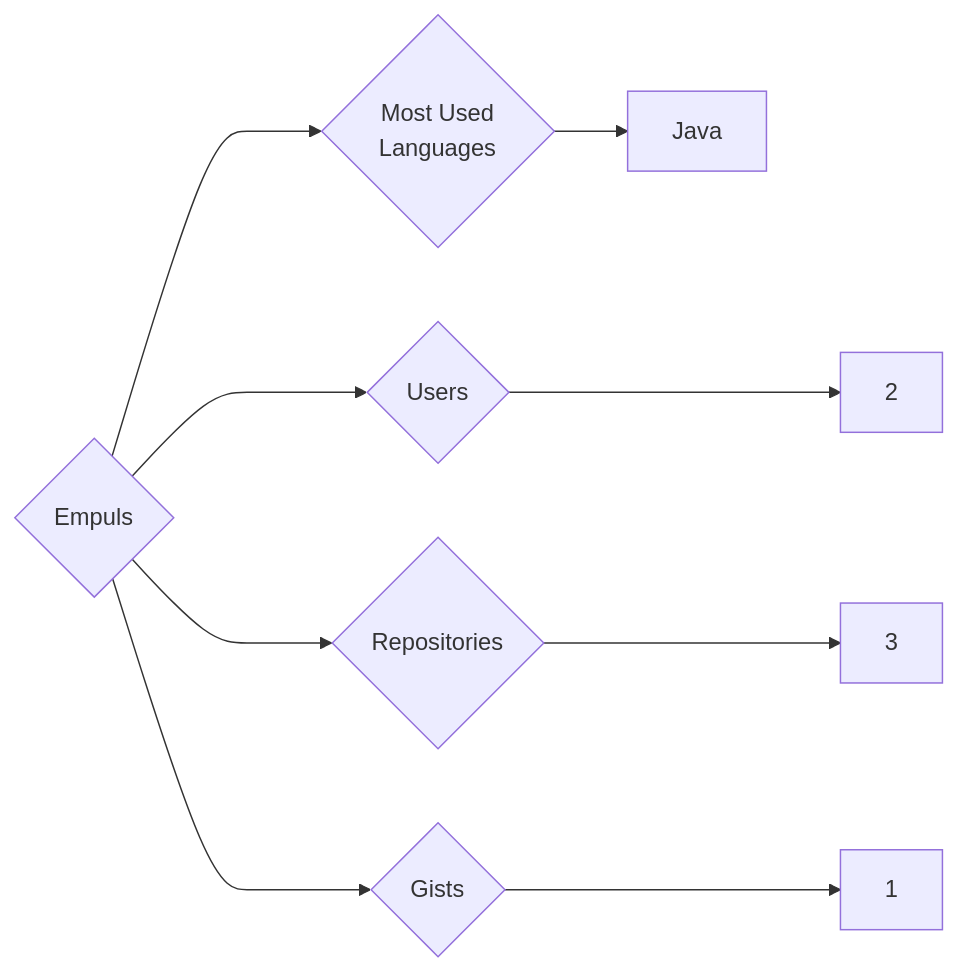
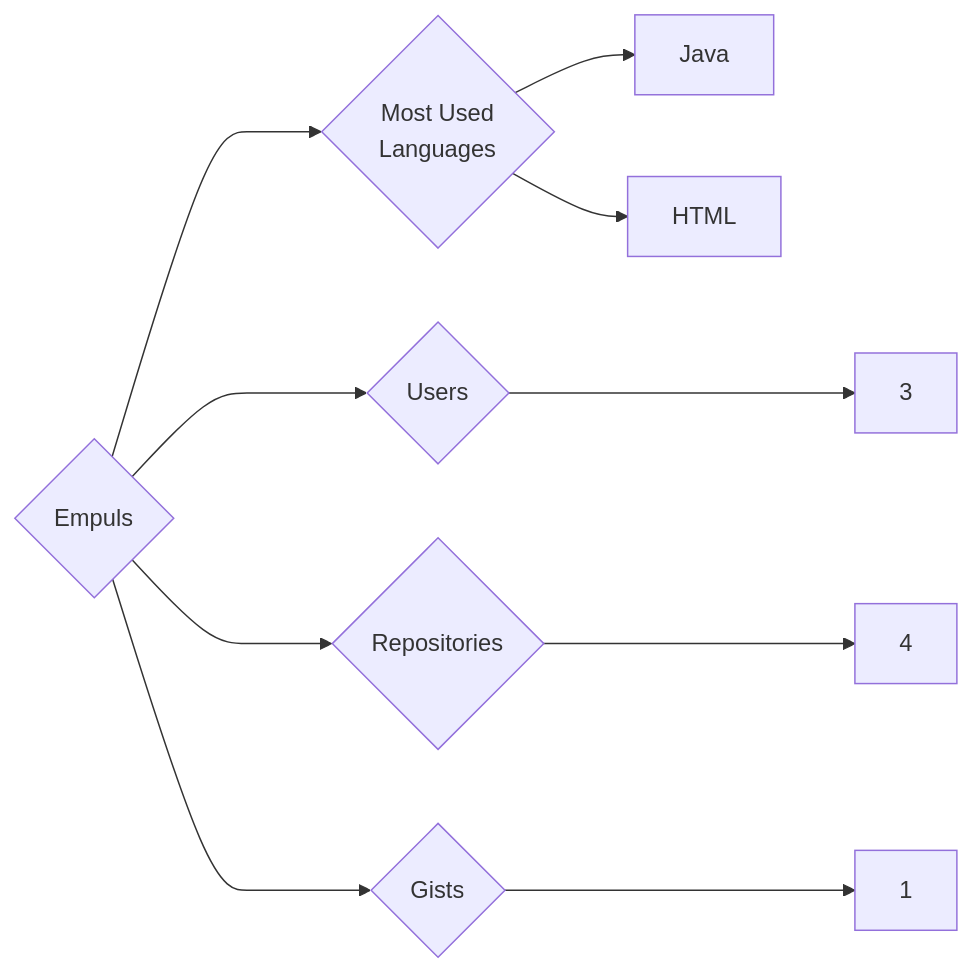
The diagram in targets/Empuls/README.md (trickest/insiders), drawn with Mermaid before and after one commit. The commit also changed 1212 other files, not shown here.

````diff
--- a/targets/Empuls/README.md
+++ b/targets/Empuls/README.md
@@ -3,9 +3,10 @@
 ```mermaid
 graph LR
 COMPANY_NAME{Empuls}
-COMPANY_NAME ---> U{Users} ---> UN[2]
-COMPANY_NAME ---> R{Repositories} ---> RN[3]
+COMPANY_NAME ---> U{Users} ---> UN[3]
+COMPANY_NAME ---> R{Repositories} ---> RN[4]
 COMPANY_NAME ---> G{Gists} ---> GN[1]
 COMPANY_NAME ---> ML{Most Used<br>Languages}
 ML --> Java[Java]
+ML --> HTML[HTML]
 ```
````
